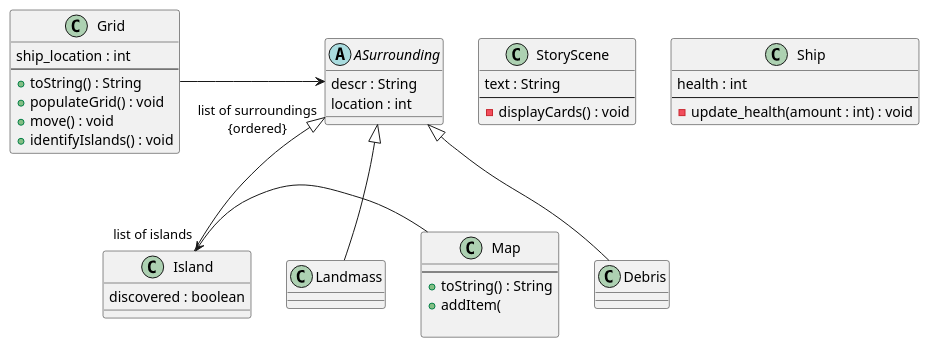
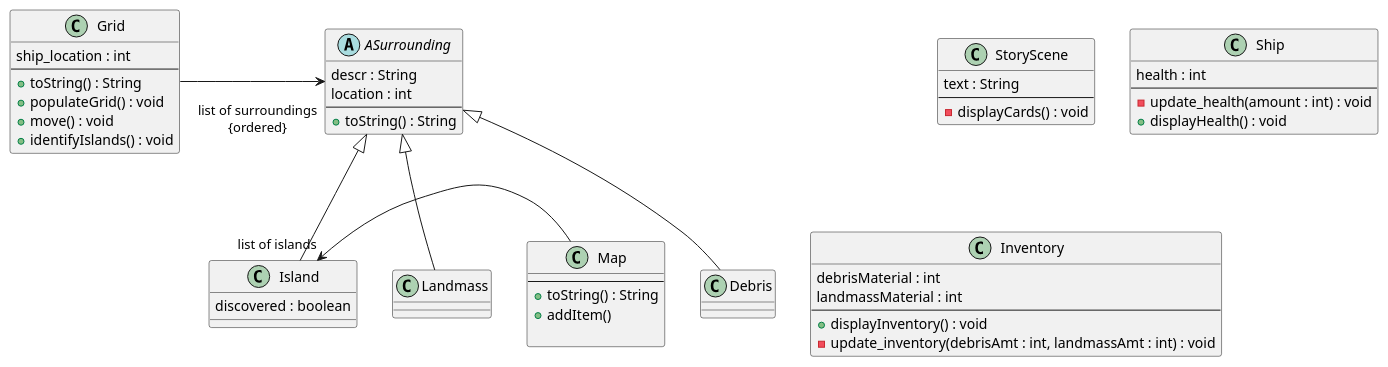
The diagram in CMPU_203_PirateGame/doc/design.md (emutchek/MaraudersAtSea), drawn with PlantUML before and after one commit.

Commit message:
Updated design class diagram to add methods and an inventory class-- they are in shipshape.

````diff
--- a/CMPU_203_PirateGame/doc/design.md
+++ b/CMPU_203_PirateGame/doc/design.md
@@ -1,49 +1,60 @@
 ```PlantUML
 @startuml
 
 class Grid {
     ship_location : int
     --
     +toString() : String
     +populateGrid() : void
     +move() : void
     +identifyIslands() : void
 }
 Grid ->  "\nlist of surroundings\n{ordered}" ASurrounding : \t\t\t\t
 
 abstract class ASurrounding {
     descr : String
     location : int 
+    --
+    +toString() : String
 }
 ASurrounding <|-- Island
 ASurrounding <|-- Landmass
 ASurrounding <|-- Debris
 
 class Landmass {}
 class Debris {}
 class Island {
     discovered : boolean
 }
 
 
 class Map {
 --
     +toString() : String
-    +addItem(
+    +addItem() 
 
 }
 Map ->  "\nlist of islands" Island : \t\t\t\t
 
 class StoryScene {
     text : String
     --
     -displayCards() : void
 }
 
 class Ship {
     health : int
     --
     -update_health(amount : int) : void
+    +displayHealth() : void
+}
+
+class Inventory {
+    debrisMaterial : int
+    landmassMaterial : int 
+    --
+    +displayInventory() : void
+    -update_inventory(debrisAmt : int, landmassAmt : int) : void
 }
 @enduml
 ```
````
